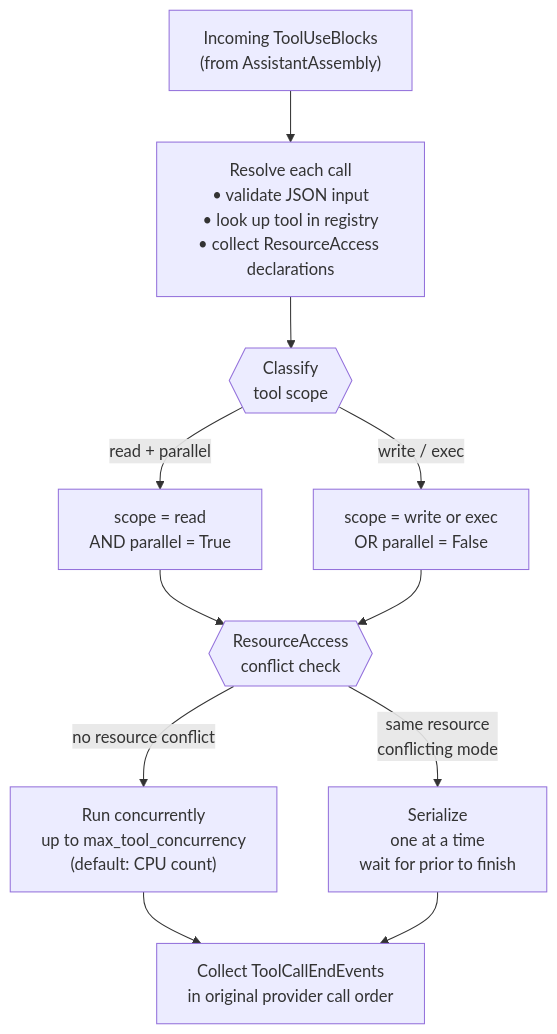
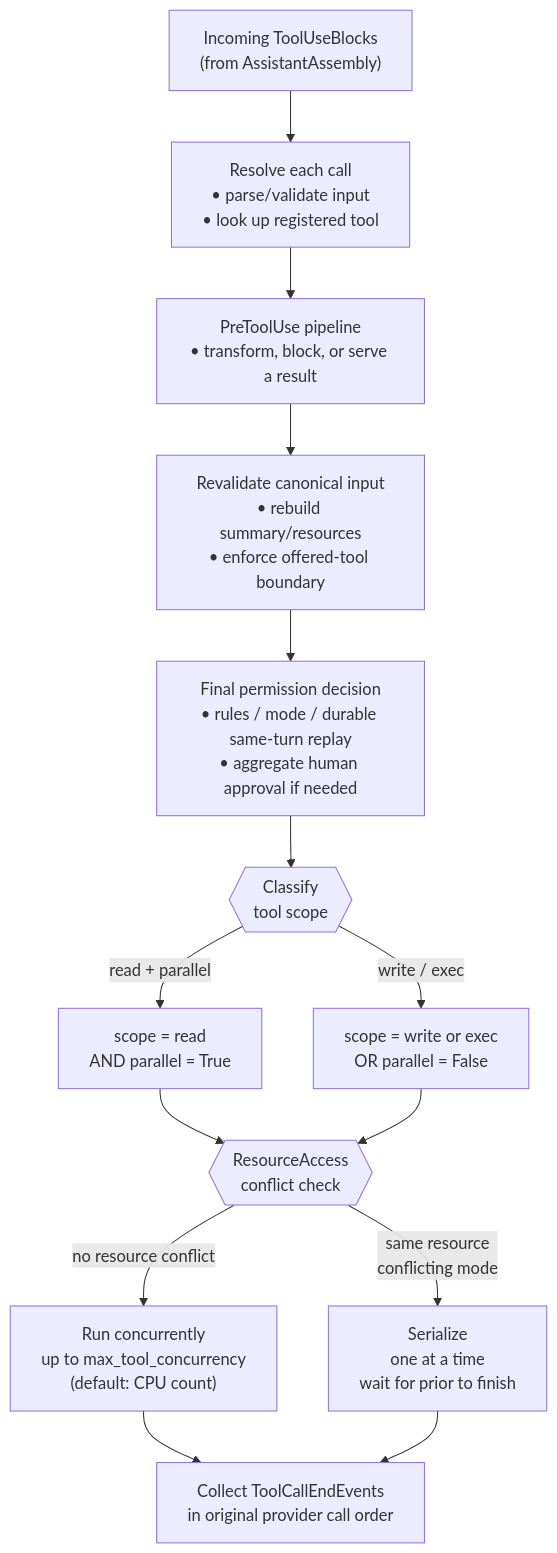
One commit to DuyTa506/linch changed the first of 8 diagrams in docs/architecture/subsystems.md. Above: the diagram before and after it, drawn with Mermaid. The commit also changed other lines of this file and 82 other files, not shown here.

````diff
--- a/docs/architecture/subsystems.md
+++ b/docs/architecture/subsystems.md
@@ -9,28 +11,31 @@
 ```mermaid
 flowchart TD
     IN["Incoming ToolUseBlocks\n(from AssistantAssembly)"]
 
-    RESOLVE["Resolve each call\n• validate JSON input\n• look up tool in registry\n• collect ResourceAccess declarations"]
+    RESOLVE["Resolve each call\n• parse/validate input\n• look up registered tool"]
+    HOOK["PreToolUse pipeline\n• transform, block, or serve a result"]
+    REVALIDATE["Revalidate canonical input\n• rebuild summary/resources\n• enforce offered-tool boundary"]
+    PERMIT["Final permission decision\n• rules / mode / durable same-turn replay\n• aggregate human approval if needed"]
 
     CLASSIFY{{"Classify\ntool scope"}}
 
     READ["scope = read\nAND parallel = True"]
     WRITE["scope = write or exec\nOR parallel = False"]
 
     RES{{"ResourceAccess\nconflict check"}}
 
     PAR["Run concurrently\nup to max_tool_concurrency\n(default: CPU count)"]
     SER["Serialize\none at a time\nwait for prior to finish"]
 
     OUT["Collect ToolCallEndEvents\nin original provider call order"]
 
-    IN --> RESOLVE --> CLASSIFY
+    IN --> RESOLVE --> HOOK --> REVALIDATE --> PERMIT --> CLASSIFY
     CLASSIFY -->|"read + parallel"| READ
     CLASSIFY -->|"write / exec"| WRITE
     READ --> RES
     WRITE --> RES
     RES -->|"no resource conflict"| PAR
     RES -->|"same resource\nconflicting mode"| SER
     PAR --> OUT
     SER --> OUT
 ```
````
